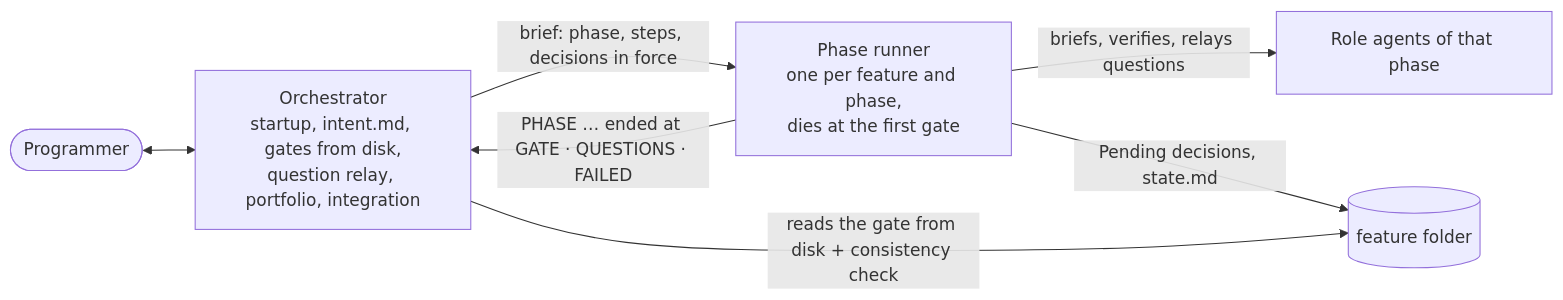
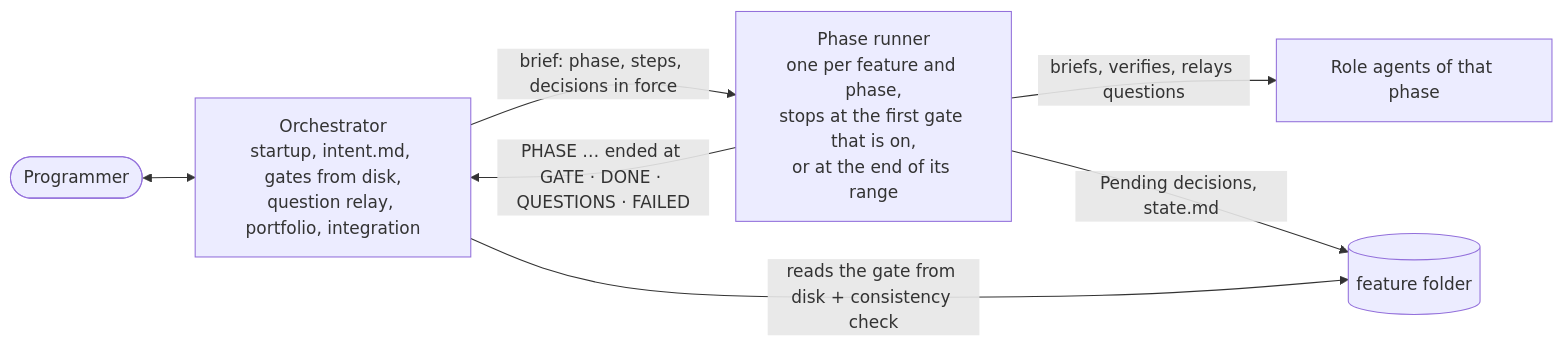
One commit to mariopedemonte12/claude-feature-workflow changed diagram 12 of 12 in docs/architecture.md. Above: the diagram before and after it, drawn with Mermaid. The commit also changed other lines of this file and 15 other files, not shown here.

````diff
--- a/docs/architecture.md
+++ b/docs/architecture.md
@@ -395,9 +395,9 @@
 ```mermaid
 flowchart LR
     P(["Programmer"]) <--> O["Orchestrator<br/>startup, intent.md, gates from disk,<br/>question relay, portfolio, integration"]
-    O -->|"brief: phase, steps, decisions in force"| PR["Phase runner<br/>one per feature and phase,<br/>dies at the first gate"]
+    O -->|"brief: phase, steps, decisions in force"| PR["Phase runner<br/>one per feature and phase,<br/>stops at the first gate that is on,<br/>or at the end of its range"]
     PR -->|"briefs, verifies, relays questions"| RO["Role agents of that phase"]
     PR -->|"Pending decisions, state.md"| DK[("feature folder")]
-    PR -->|"PHASE … ended at GATE · QUESTIONS · FAILED"| O
+    PR -->|"PHASE … ended at GATE · DONE · QUESTIONS · FAILED"| O
     O -->|"reads the gate from disk + consistency check"| DK
 ```
````
